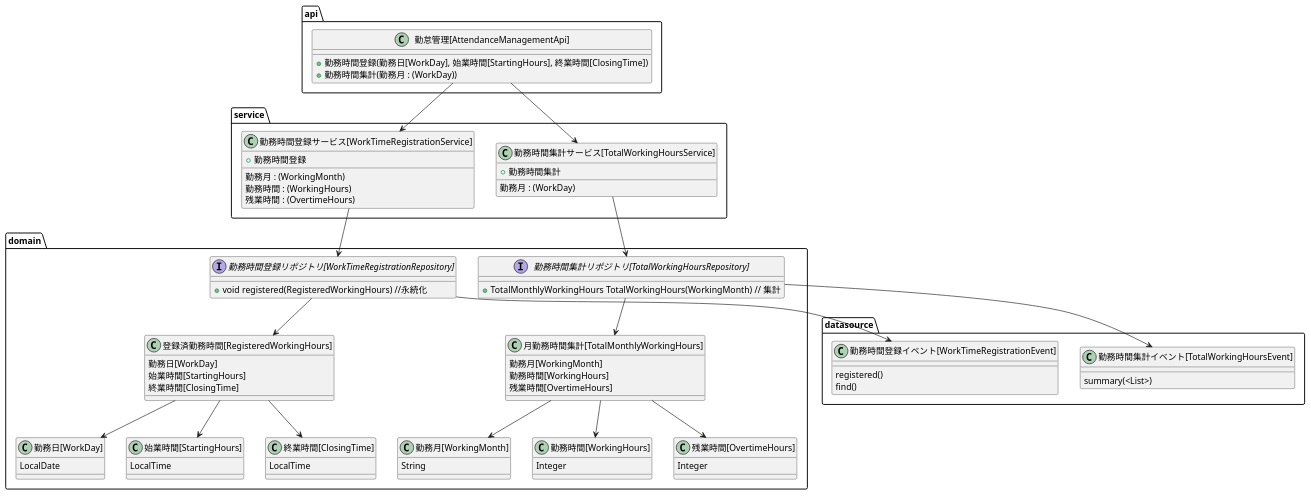
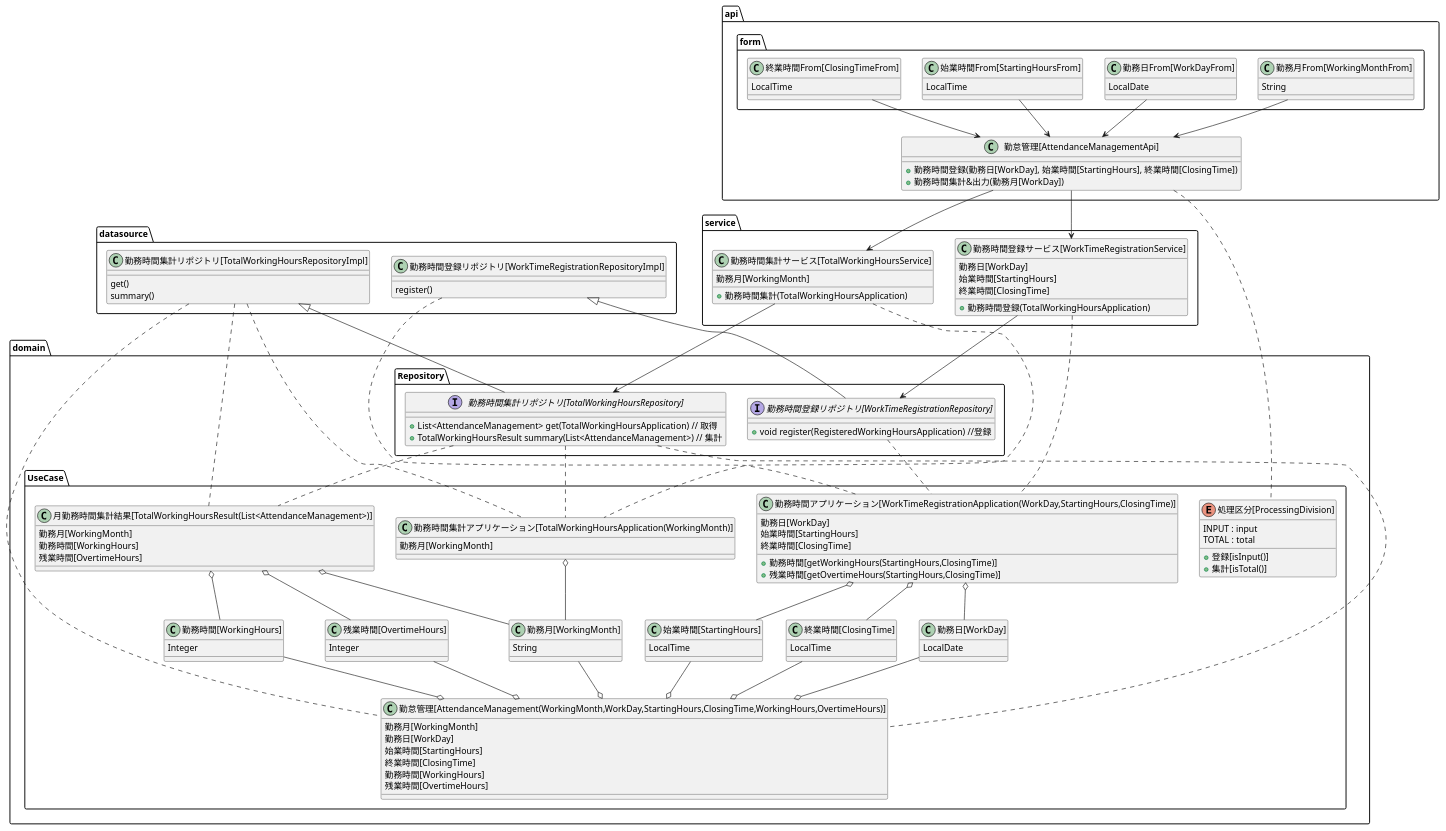
The diagram in etc/kintai/モデル図/kintai.puml (biglobe-isp/kintai), drawn with PlantUML before and after one commit. The commit also changed 12 other files, not shown here.

```diff
--- a/etc/kintai/モデル図/kintai.puml
+++ b/etc/kintai/モデル図/kintai.puml
@@ -1,106 +1,174 @@
 @startuml
 
 package api {
+    package form {
+        class "勤務月From[WorkingMonthFrom]" as WorkingMonthFrom {
+            String
+        }
+        class "勤務日From[WorkDayFrom]" as WorkDayFrom {
+            LocalDate
+        }
+        class "始業時間From[StartingHoursFrom]" as StartingHoursFrom {
+            LocalTime
+        }
+        class "終業時間From[ClosingTimeFrom]" as ClosingTimeFrom {
+            LocalTime
+        }
+    }
 
     class "勤怠管理[AttendanceManagementApi]" as AttendanceManagementApi {
         +勤務時間登録(勤務日[WorkDay], 始業時間[StartingHours], 終業時間[ClosingTime])
-        +勤務時間集計(勤務月 : (WorkDay))
+        +勤務時間集計&出力(勤務月[WorkDay])
     }
+
+    WorkingMonthFrom -do-> AttendanceManagementApi
+    WorkDayFrom -do-> AttendanceManagementApi
+    StartingHoursFrom -do-> AttendanceManagementApi
+    ClosingTimeFrom -do-> AttendanceManagementApi
+
 }
 
 package service {
 
     class "勤務時間集計サービス[TotalWorkingHoursService]" as TotalWorkingHoursService {
-        +勤務時間集計
-
-        勤務月 : (WorkDay)
+        勤務月[WorkingMonth]
+        +勤務時間集計(TotalWorkingHoursApplication)
     }
 
     class "勤務時間登録サービス[WorkTimeRegistrationService]" as WorkTimeRegistrationService {
-        +勤務時間登録
-
-        勤務月 : (WorkingMonth)
-        勤務時間 : (WorkingHours)
-        残業時間 : (OvertimeHours)
+        勤務日[WorkDay]
+        始業時間[StartingHours]
+        終業時間[ClosingTime]
+        +勤務時間登録(TotalWorkingHoursApplication)
     }
 
 }
 
+AttendanceManagementApi -do-> TotalWorkingHoursService
+AttendanceManagementApi -do-> WorkTimeRegistrationService
+
+
 package domain {
 
-    interface "勤務時間登録リポジトリ[WorkTimeRegistrationRepository]" as WorkTimeRegistrationRepository {
-        + void registered(RegisteredWorkingHours) //永続化
+    package UseCase {
+        class "勤務時間集計アプリケーション[TotalWorkingHoursApplication(WorkingMonth)]" as TotalWorkingHoursApplication {
+            勤務月[WorkingMonth]
+        }
+
+        class "月勤務時間集計結果[TotalWorkingHoursResult(List<AttendanceManagement>)]" as TotalWorkingHoursResult {
+            勤務月[WorkingMonth]
+            勤務時間[WorkingHours]
+            残業時間[OvertimeHours]
+        }
+
+        class "勤務月[WorkingMonth]" as WorkingMonth {
+            String
+        }
+        class "勤務時間[WorkingHours]" as WorkingHours {
+            Integer
+        }
+        class "残業時間[OvertimeHours]" as OvertimeHours {
+            Integer
+        }
+
+        TotalWorkingHoursApplication o-- WorkingMonth
+        TotalWorkingHoursResult o-- WorkingMonth
+        TotalWorkingHoursResult o-- WorkingHours
+        TotalWorkingHoursResult o-- OvertimeHours
+
+        class "勤務時間アプリケーション[WorkTimeRegistrationApplication(WorkDay,StartingHours,ClosingTime)]" as WorkTimeRegistrationApplication {
+            勤務日[WorkDay]
+            始業時間[StartingHours]
+            終業時間[ClosingTime]
+            +勤務時間[getWorkingHours(StartingHours,ClosingTime)]
+            +残業時間[getOvertimeHours(StartingHours,ClosingTime)]
+        }
+
+        class "始業時間[StartingHours]" as StartingHours {
+            LocalTime
+        }
+        class "終業時間[ClosingTime]" as ClosingTime {
+            LocalTime
+        }
+        class "勤務日[WorkDay]" as WorkDay {
+            LocalDate
+        }
+
+        WorkTimeRegistrationApplication o-do- ClosingTime
+        WorkTimeRegistrationApplication o-do- StartingHours
+        WorkTimeRegistrationApplication o-do- WorkDay
+
+        class "勤怠管理[AttendanceManagement(WorkingMonth,WorkDay,StartingHours,ClosingTime,WorkingHours,OvertimeHours)]" as AttendanceManagement {
+            勤務月[WorkingMonth]
+            勤務日[WorkDay]
+            始業時間[StartingHours]
+            終業時間[ClosingTime]
+            勤務時間[WorkingHours]
+            残業時間[OvertimeHours]
+        }
+
+        OvertimeHours -do-o AttendanceManagement
+        WorkingHours -do-o AttendanceManagement
+        ClosingTime -do-o AttendanceManagement
+        StartingHours -do-o AttendanceManagement
+        WorkDay -do-o AttendanceManagement
+        WorkingMonth -do-o AttendanceManagement
+
+        enum "処理区分[ProcessingDivision]" as ProcessingDivision {
+            INPUT : input
+            TOTAL : total
+            +登録[isInput()]
+            +集計[isTotal()]
+        }
+
+    }
+    package Repository {
+
+        interface "勤務時間集計リポジトリ[TotalWorkingHoursRepository]" as TotalWorkingHoursRepository {
+            + List<AttendanceManagement> get(TotalWorkingHoursApplication) // 取得
+            + TotalWorkingHoursResult summary(List<AttendanceManagement>) // 集計
+        }
+
+        interface "勤務時間登録リポジトリ[WorkTimeRegistrationRepository]" as WorkTimeRegistrationRepository {
+            + void register(RegisteredWorkingHoursApplication) //登録
+        }
     }
 
-    class "登録済勤務時間[RegisteredWorkingHours]" as RegisteredWorkingHours {
-        勤務日[WorkDay]
-        始業時間[StartingHours]
-        終業時間[ClosingTime]
-    }
+    TotalWorkingHoursRepository .do. TotalWorkingHoursApplication
+    TotalWorkingHoursRepository .do. TotalWorkingHoursResult
+    TotalWorkingHoursRepository .do. AttendanceManagement
 
-    class "勤務日[WorkDay]" as WorkDay {
-        LocalDate
-    }
-    class "始業時間[StartingHours]" as StartingHours {
-        LocalTime
-    }
-    class "終業時間[ClosingTime]" as ClosingTime {
-        LocalTime
-    }
+    WorkTimeRegistrationRepository .do. WorkTimeRegistrationApplication
 
-    WorkTimeRegistrationRepository -down-> RegisteredWorkingHours
-    RegisteredWorkingHours -down-> WorkDay
-    RegisteredWorkingHours -down-> StartingHours
-    RegisteredWorkingHours -down-> ClosingTime
+}
 
+WorkTimeRegistrationService -do-> WorkTimeRegistrationRepository
+WorkTimeRegistrationService .do. WorkTimeRegistrationApplication
+TotalWorkingHoursService -do-> TotalWorkingHoursRepository
+TotalWorkingHoursService .do. TotalWorkingHoursApplication
 
-    interface "勤務時間集計リポジトリ[TotalWorkingHoursRepository]" as TotalWorkingHoursRepository {
-        + TotalMonthlyWorkingHours TotalWorkingHours(WorkingMonth) // 集計
-    }
-
-    class "月勤務時間集計[TotalMonthlyWorkingHours]" as TotalMonthlyWorkingHours {
-        勤務月[WorkingMonth]
-        勤務時間[WorkingHours]
-        残業時間[OvertimeHours]
-    }
-
-    class "勤務月[WorkingMonth]" as WorkingMonth {
-        String
-    }
-    class "勤務時間[WorkingHours]" as WorkingHours {
-        Integer
-    }
-    class "残業時間[OvertimeHours]" as OvertimeHours {
-        Integer
-    }
-
-    TotalWorkingHoursRepository -down-> TotalMonthlyWorkingHours
-
-    TotalMonthlyWorkingHours -down-> WorkingMonth
-    TotalMonthlyWorkingHours -down-> WorkingHours
-    TotalMonthlyWorkingHours -down-> OvertimeHours
-}
+AttendanceManagementApi .do. ProcessingDivision
 
 package datasource {
 
-    class "勤務時間登録イベント[WorkTimeRegistrationEvent]"  as WorkTimeRegistrationEvent {
-        registered()
-        find()
+    class "勤務時間登録リポジトリ[WorkTimeRegistrationRepositoryImpl]"  as WorkTimeRegistrationRepositoryImpl {
+        register()
     }
 
-    class "勤務時間集計イベント[TotalWorkingHoursEvent]" as TotalWorkingHoursEvent {
-        summary(<List>)
+    class "勤務時間集計リポジトリ[TotalWorkingHoursRepositoryImpl]" as TotalWorkingHoursRepositoryImpl {
+        get()
+        summary()
     }
 
 }
 
-AttendanceManagementApi -down-> WorkTimeRegistrationService
-AttendanceManagementApi -down-> TotalWorkingHoursService
+WorkTimeRegistrationRepositoryImpl <|-- WorkTimeRegistrationRepository
+TotalWorkingHoursRepositoryImpl <|-- TotalWorkingHoursRepository
 
-WorkTimeRegistrationService -down-> WorkTimeRegistrationRepository
-TotalWorkingHoursService -down-> TotalWorkingHoursRepository
+WorkTimeRegistrationRepositoryImpl .. WorkTimeRegistrationApplication
+TotalWorkingHoursRepositoryImpl .. TotalWorkingHoursApplication
+TotalWorkingHoursRepositoryImpl .. TotalWorkingHoursResult
+TotalWorkingHoursRepositoryImpl .. AttendanceManagement
 
-WorkTimeRegistrationRepository -down-> WorkTimeRegistrationEvent
-TotalWorkingHoursRepository -down-> TotalWorkingHoursEvent
 
 @enduml
```
